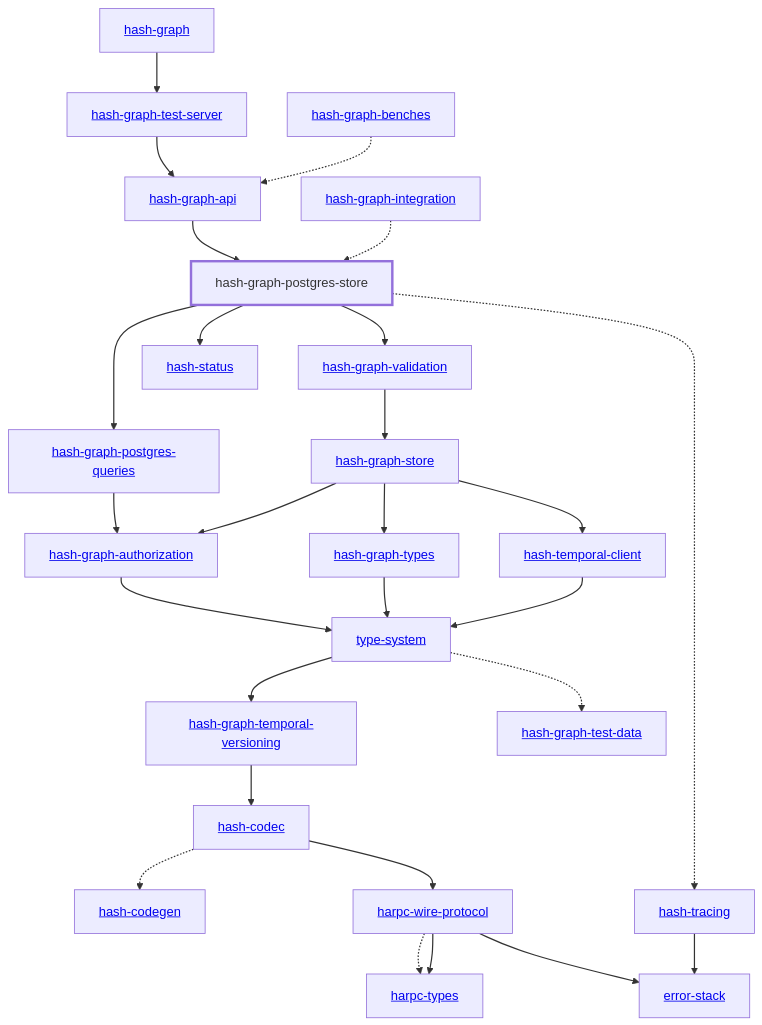
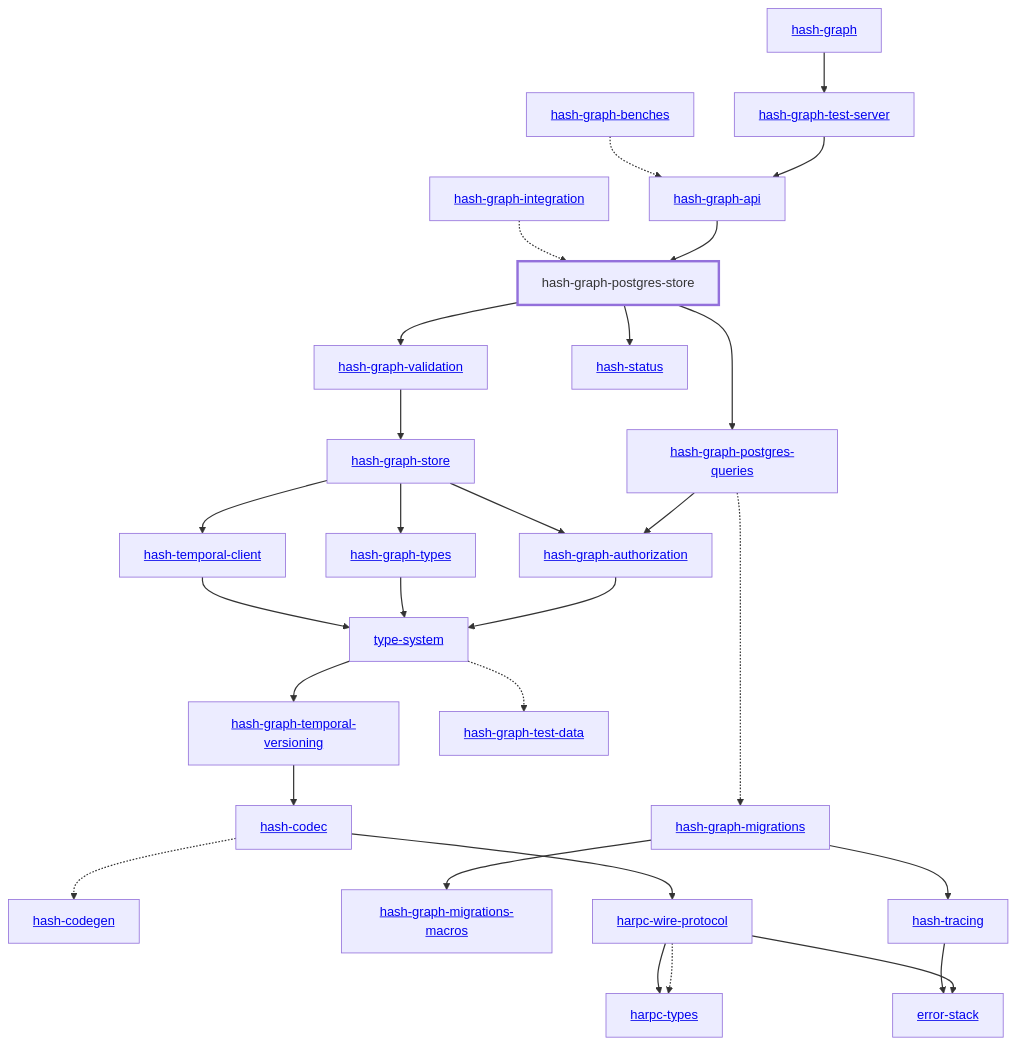
Before and after one commit to hashintel/hash: the diagram in libs/@local/graph/postgres-store/docs/dependency-diagram.mmd, drawn with Mermaid. The commit also changed 11 other files, not shown here.

```diff
--- a/libs/@local/graph/postgres-store/docs/dependency-diagram.mmd
+++ b/libs/@local/graph/postgres-store/docs/dependency-diagram.mmd
@@ -1,59 +1,63 @@
 graph TD
     linkStyle default stroke-width:1.5px
     classDef default stroke-width:1px
     classDef root stroke-width:3px
     classDef dev stroke-width:1px
     classDef build stroke-width:1px
     %% Legend
     %% --> : Normal dependency
     %% -.-> : Dev dependency
     %% ---> : Build dependency
     0[<a href="../hash_graph">hash-graph</a>]
     1[<a href="../type_system">type-system</a>]
     2[<a href="../hash_codec">hash-codec</a>]
     3[<a href="../hash_codegen">hash-codegen</a>]
     4[<a href="../hash_graph_api">hash-graph-api</a>]
     5[<a href="../hash_graph_authorization">hash-graph-authorization</a>]
-    6[<a href="../hash_graph_postgres_queries">hash-graph-postgres-queries</a>]
-    7[hash-graph-postgres-store]
-    class 7 root
-    8[<a href="../hash_graph_store">hash-graph-store</a>]
-    9[<a href="../hash_graph_temporal_versioning">hash-graph-temporal-versioning</a>]
-    10[<a href="../hash_graph_test_server">hash-graph-test-server</a>]
-    11[<a href="../hash_graph_types">hash-graph-types</a>]
-    12[<a href="../hash_graph_validation">hash-graph-validation</a>]
-    13[<a href="../harpc_types">harpc-types</a>]
-    14[<a href="../harpc_wire_protocol">harpc-wire-protocol</a>]
-    15[<a href="../hash_status">hash-status</a>]
-    16[<a href="../hash_temporal_client">hash-temporal-client</a>]
-    17[<a href="../hash_tracing">hash-tracing</a>]
-    18[<a href="../error_stack">error-stack</a>]
-    19[<a href="../hash_graph_benches">hash-graph-benches</a>]
-    20[<a href="../hash_graph_integration">hash-graph-integration</a>]
-    21[<a href="../hash_graph_test_data">hash-graph-test-data</a>]
-    0 --> 10
-    1 --> 9
-    1 -.-> 21
+    6[<a href="../hash_graph_migrations">hash-graph-migrations</a>]
+    7[<a href="../hash_graph_migrations_macros">hash-graph-migrations-macros</a>]
+    8[<a href="../hash_graph_postgres_queries">hash-graph-postgres-queries</a>]
+    9[hash-graph-postgres-store]
+    class 9 root
+    10[<a href="../hash_graph_store">hash-graph-store</a>]
+    11[<a href="../hash_graph_temporal_versioning">hash-graph-temporal-versioning</a>]
+    12[<a href="../hash_graph_test_server">hash-graph-test-server</a>]
+    13[<a href="../hash_graph_types">hash-graph-types</a>]
+    14[<a href="../hash_graph_validation">hash-graph-validation</a>]
+    15[<a href="../harpc_types">harpc-types</a>]
+    16[<a href="../harpc_wire_protocol">harpc-wire-protocol</a>]
+    17[<a href="../hash_status">hash-status</a>]
+    18[<a href="../hash_temporal_client">hash-temporal-client</a>]
+    19[<a href="../hash_tracing">hash-tracing</a>]
+    20[<a href="../error_stack">error-stack</a>]
+    21[<a href="../hash_graph_benches">hash-graph-benches</a>]
+    22[<a href="../hash_graph_integration">hash-graph-integration</a>]
+    23[<a href="../hash_graph_test_data">hash-graph-test-data</a>]
+    0 --> 12
+    1 --> 11
+    1 -.-> 23
     2 -.-> 3
-    2 --> 14
-    4 --> 7
+    2 --> 16
+    4 --> 9
     5 --> 1
-    6 --> 5
-    7 --> 6
-    7 --> 12
-    7 --> 15
-    7 -.-> 17
+    6 --> 7
+    6 --> 19
     8 --> 5
-    8 --> 11
-    8 --> 16
-    9 --> 2
-    10 --> 4
-    11 --> 1
-    12 --> 8
-    14 -.-> 13
-    14 --> 13
-    14 --> 18
-    16 --> 1
-    17 --> 18
-    19 -.-> 4
-    20 -.-> 7
+    8 -.-> 6
+    9 --> 8
+    9 --> 14
+    9 --> 17
+    10 --> 5
+    10 --> 13
+    10 --> 18
+    11 --> 2
+    12 --> 4
+    13 --> 1
+    14 --> 10
+    16 -.-> 15
+    16 --> 15
+    16 --> 20
+    18 --> 1
+    19 --> 20
+    21 -.-> 4
+    22 -.-> 9
```
